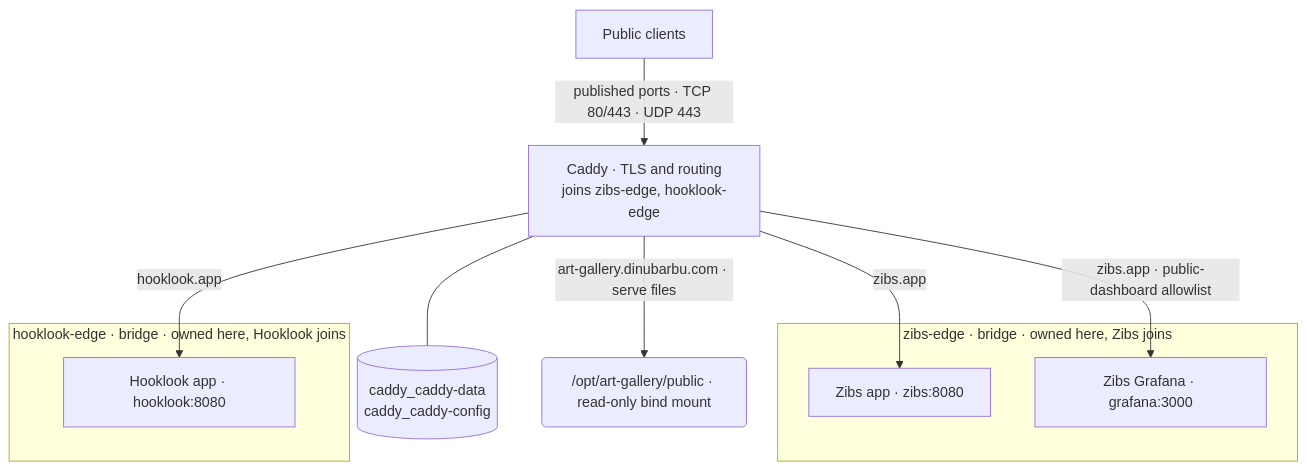
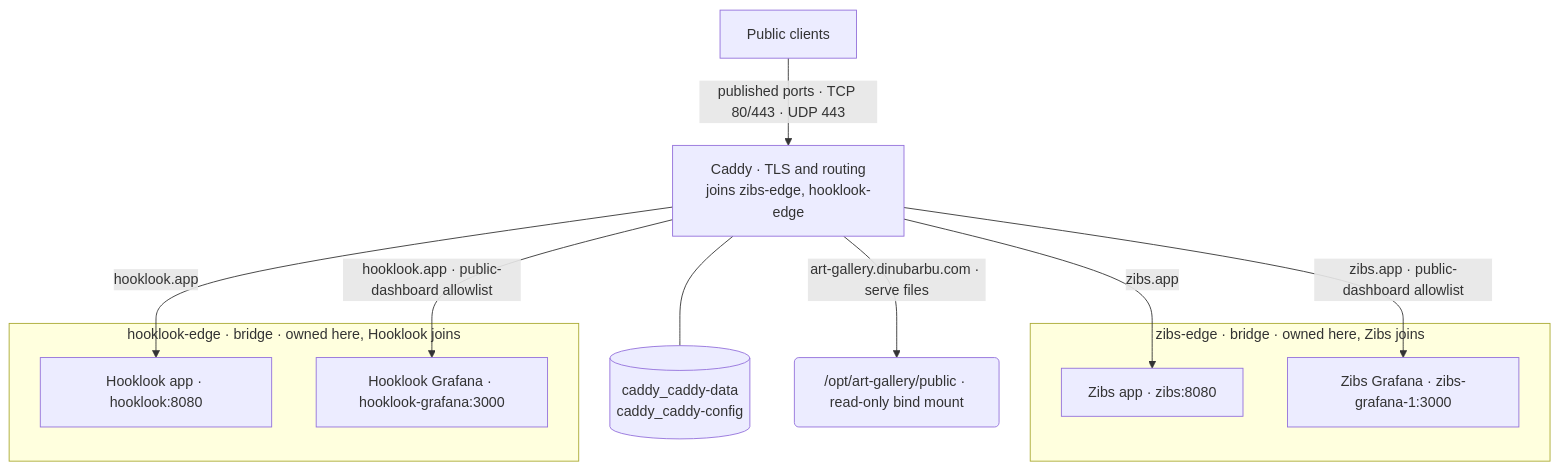
Before and after one commit to dvinubius/hetzner-one: the first of 2 diagrams in docs/topology.md, drawn with Mermaid. The commit also changed other lines of this file and 4 other files, not shown here.

First line of the commit message:
Route Hooklook's public dashboard and disambiguate Grafana upstreams

````diff
--- a/docs/topology.md
+++ b/docs/topology.md
@@ -15,24 +15,26 @@
 ```mermaid
 flowchart TD
     public["Public clients"] -->|"published ports · TCP 80/443 · UDP 443"| caddy
 
     caddy["Caddy · TLS and routing<br/>joins zibs-edge, hooklook-edge"]
     certificates[("caddy_caddy-data<br/>caddy_caddy-config")]
     gallery("/opt/art-gallery/public · read-only bind mount")
     
     caddy --- certificates
     caddy -->|"art-gallery.dinubarbu.com · serve files"| gallery
 
     subgraph zibsEdge["zibs-edge · bridge · owned here, Zibs joins"]
         zibs["Zibs app · zibs:8080"]
-        dashboard["Zibs Grafana · grafana:3000"]
+        dashboard["Zibs Grafana · zibs-grafana-1:3000"]
     end
 
     subgraph hooklookEdge["hooklook-edge · bridge · owned here, Hooklook joins"]
         hooklook["Hooklook app · hooklook:8080"]
+        hooklookDashboard["Hooklook Grafana · hooklook-grafana:3000"]
     end
 
     caddy -->|"zibs.app"| zibs
     caddy -->|"zibs.app · public-dashboard allowlist"| dashboard
     caddy -->|"hooklook.app"| hooklook
+    caddy -->|"hooklook.app · public-dashboard allowlist"| hooklookDashboard
 ```
````
